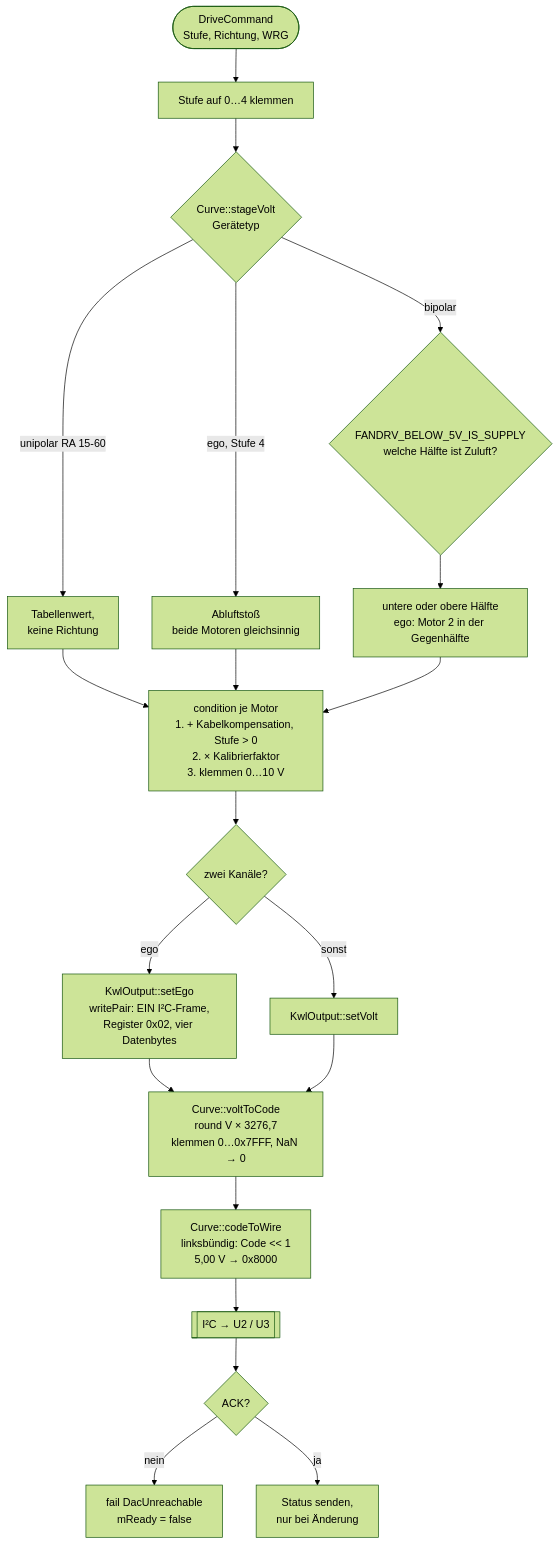
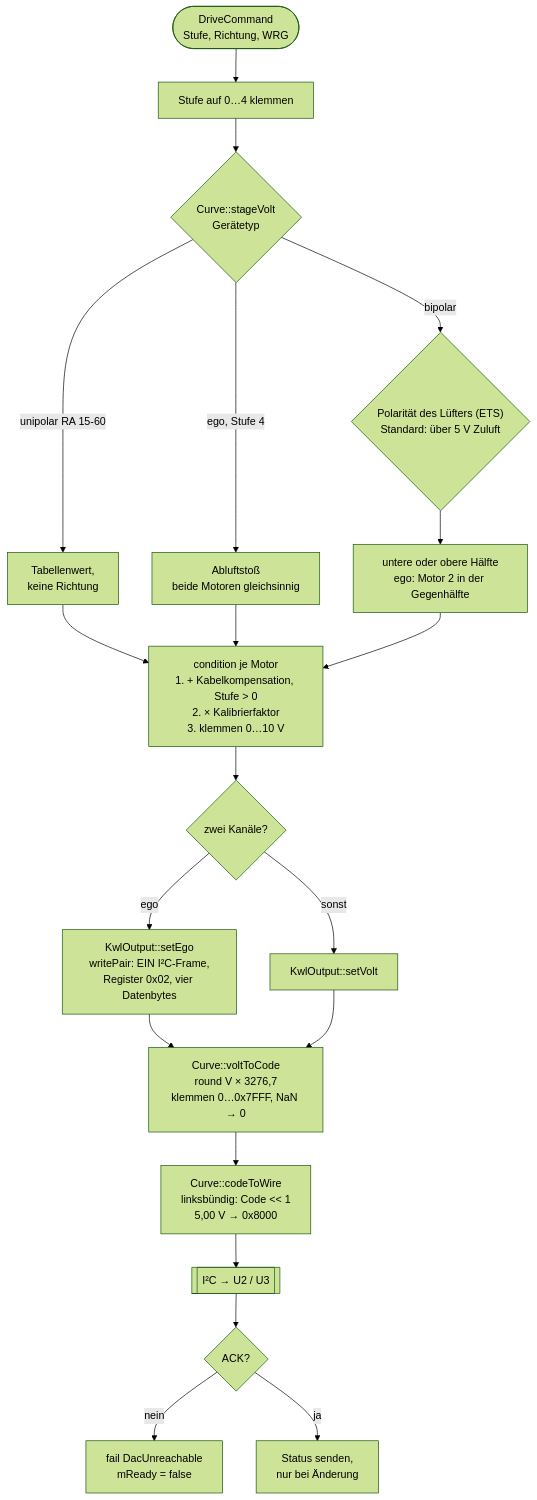
One commit to gosanman/OAM-LunosControl changed the tenth of 12 diagrams in docs/Ablaufdiagramme.md. Above: the diagram before and after it, drawn with Mermaid (forest theme). The commit also changed 11 other files, not shown here.

````diff
--- a/docs/Ablaufdiagramme.md
+++ b/docs/Ablaufdiagramme.md
@@ -405,21 +405,21 @@
 ```mermaid
 flowchart TD
     CMD(["DriveCommand<br/>Stufe, Richtung, WRG"]) --> CL["Stufe auf 0…4 klemmen"]
     CL --> SV{"Curve::stageVolt<br/>Gerätetyp"}
     SV -->|"unipolar RA 15-60"| UV["Tabellenwert,<br/>keine Richtung"]
     SV -->|"ego, Stufe 4"| EG4["Abluftstoß<br/>beide Motoren gleichsinnig"]
-    SV -->|"bipolar"| BH{"FANDRV_BELOW_5V_IS_SUPPLY<br/>welche Hälfte ist Zuluft?"}
+    SV -->|"bipolar"| BH{"Polarität des Lüfters (ETS)<br/>Standard: über 5 V Zuluft"}
     BH --> BV["untere oder obere Hälfte<br/>ego: Motor 2 in der Gegenhälfte"]
 
     UV & EG4 & BV --> CO["condition je Motor<br/>1. + Kabelkompensation, Stufe > 0<br/>2. × Kalibrierfaktor<br/>3. klemmen 0…10 V"]
     CO --> CH{"zwei Kanäle?"}
     CH -->|"ego"| PAIR["KwlOutput::setEgo<br/>writePair: EIN I²C-Frame,<br/>Register 0x02, vier Datenbytes"]
     CH -->|"sonst"| ONE["KwlOutput::setVolt"]
 
     PAIR & ONE --> V2C["Curve::voltToCode<br/>round V × 3276,7<br/>klemmen 0…0x7FFF, NaN → 0"]
     V2C --> WIRE["Curve::codeToWire<br/>linksbündig: Code << 1<br/>5,00 V → 0x8000"]
     WIRE --> I2C[["I²C → U2 / U3"]]
     I2C --> ACK{"ACK?"}
     ACK -->|"nein"| FAIL["fail DacUnreachable<br/>mReady = false"]
     ACK -->|"ja"| ST["Status senden,<br/>nur bei Änderung"]
 ```
````
